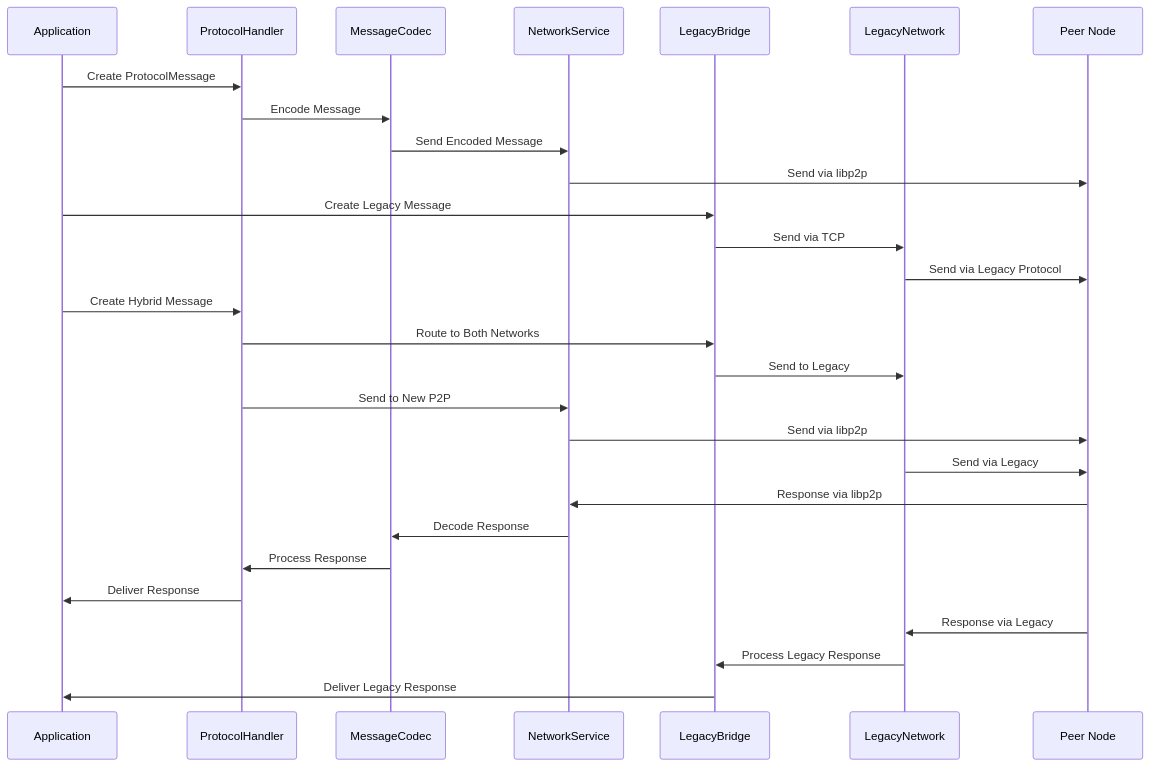
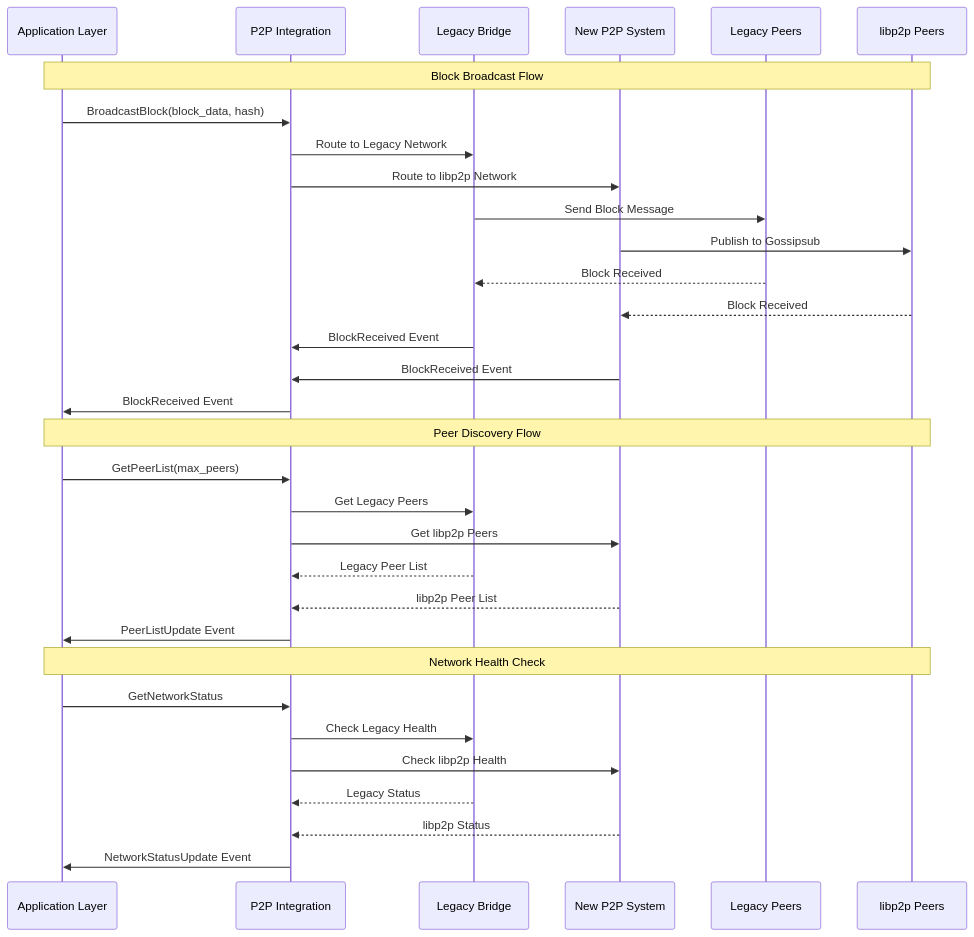
One commit to rvmskvll/neptune-core changed the third of 9 diagrams in docs/p2p/P2P_SYSTEM_DIAGRAM.md. Above: the diagram before and after it, drawn with Mermaid. The commit also changed other lines of this file and 13 other files, not shown here.

First line of the commit message:
Phase 5: Complete P2P Integration Service & Application Wiring

````diff
--- a/docs/p2p/P2P_SYSTEM_DIAGRAM.md
+++ b/docs/p2p/P2P_SYSTEM_DIAGRAM.md
@@ -221,39 +123,48 @@
 ```mermaid
 sequenceDiagram
-    participant App as Application
-    participant PH as ProtocolHandler
-    participant MC as MessageCodec
-    participant NS as NetworkService
-    participant LB as LegacyBridge
-    participant LN as LegacyNetwork
-    participant Peer as Peer Node
+    participant App as Application Layer
+    participant Int as P2P Integration
+    participant Bridge as Legacy Bridge
+    participant NewP2P as New P2P System
+    participant Legacy as Legacy Peers
+    participant LibP2P as libp2p Peers
 
-    %% New P2P Message Flow
-    App->>PH: Create ProtocolMessage
-    PH->>MC: Encode Message
-    MC->>NS: Send Encoded Message
-    NS->>Peer: Send via libp2p
+    Note over App,LibP2P: Block Broadcast Flow
 
-    %% Legacy Message Flow
-    App->>LB: Create Legacy Message
-    LB->>LN: Send via TCP
-    LN->>Peer: Send via Legacy Protocol
+    App->>Int: BroadcastBlock(block_data, hash)
+    Int->>Bridge: Route to Legacy Network
+    Int->>NewP2P: Route to libp2p Network
 
-    %% Hybrid Message Flow
-    App->>PH: Create Hybrid Message
-    PH->>LB: Route to Both Networks
-    LB->>LN: Send to Legacy
-    PH->>NS: Send to New P2P
-    NS->>Peer: Send via libp2p
-    LN->>Peer: Send via Legacy
+    Bridge->>Legacy: Send Block Message
+    NewP2P->>LibP2P: Publish to Gossipsub
 
-    %% Response Flow
-    Peer->>NS: Response via libp2p
-    NS->>MC: Decode Response
-    MC->>PH: Process Response
-    PH->>App: Deliver Response
+    Legacy-->>Bridge: Block Received
+    LibP2P-->>NewP2P: Block Received
 
-    Peer->>LN: Response via Legacy
-    LN->>LB: Process Legacy Response
-    LB->>App: Deliver Legacy Response
+    Bridge->>Int: BlockReceived Event
+    NewP2P->>Int: BlockReceived Event
+
+    Int->>App: BlockReceived Event
+
+    Note over App,LibP2P: Peer Discovery Flow
+
+    App->>Int: GetPeerList(max_peers)
+    Int->>Bridge: Get Legacy Peers
+    Int->>NewP2P: Get libp2p Peers
+
+    Bridge-->>Int: Legacy Peer List
+    NewP2P-->>Int: libp2p Peer List
+
+    Int->>App: PeerListUpdate Event
+
+    Note over App,LibP2P: Network Health Check
+
+    App->>Int: GetNetworkStatus
+    Int->>Bridge: Check Legacy Health
+    Int->>NewP2P: Check libp2p Health
+
+    Bridge-->>Int: Legacy Status
+    NewP2P-->>Int: libp2p Status
+
+    Int->>App: NetworkStatusUpdate Event
 ```
````
